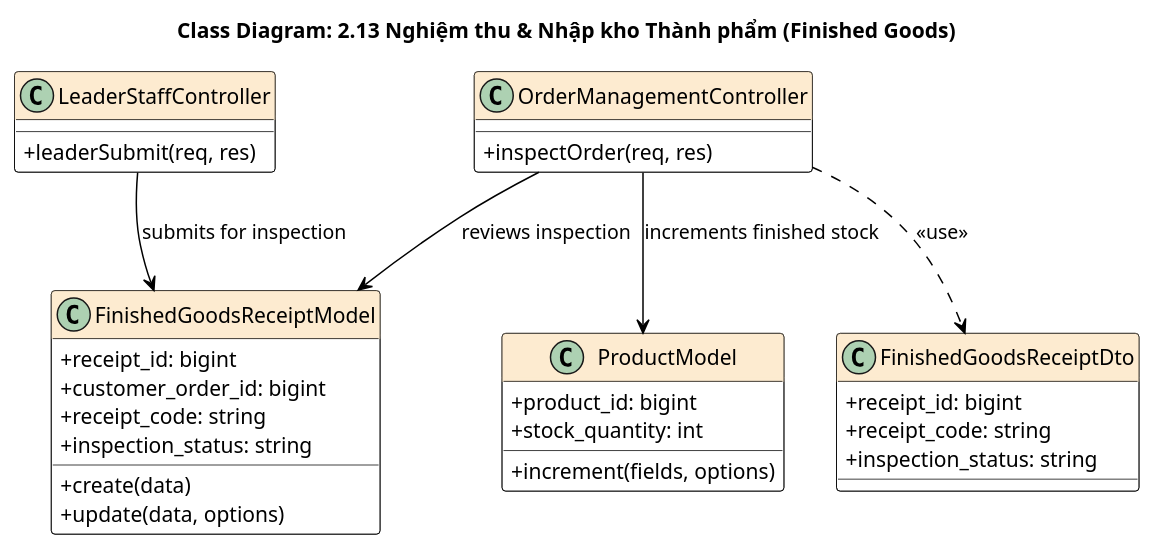
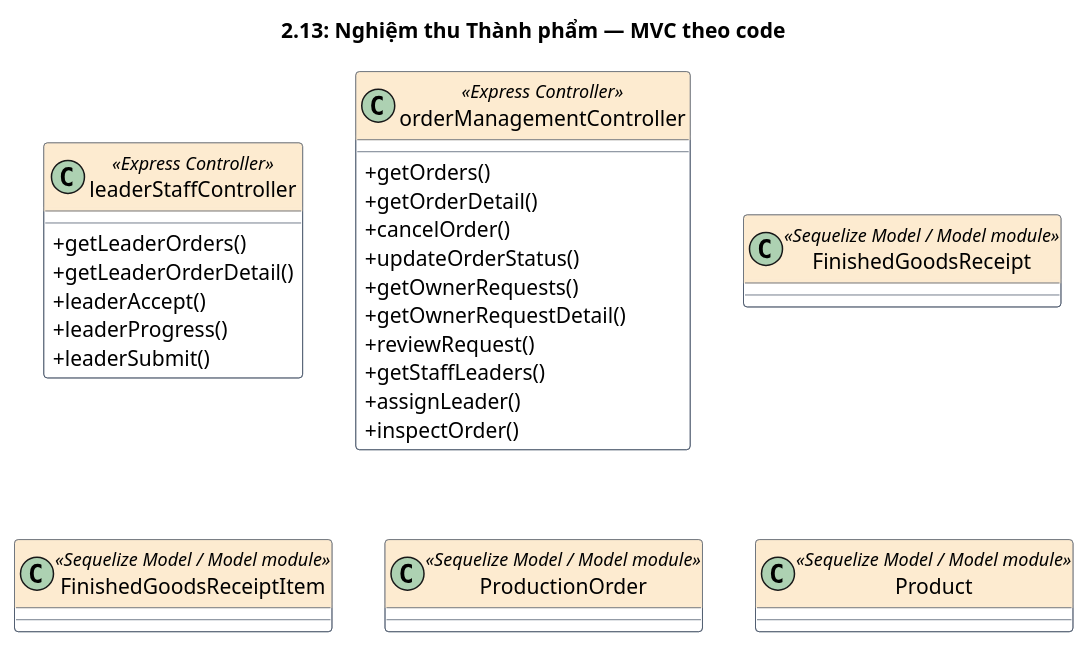
One commit to chuoois/FS-SIMS changed diagram 13 of 14 in docs/classdiagrams.md. Above: the diagram before and after it, drawn with PlantUML. The commit also changed other lines of this file and 8 other files, not shown here.

````diff
--- a/docs/classdiagrams.md
+++ b/docs/classdiagrams.md
@@ -701,46 +565,41 @@
 ```plantuml
 @startuml
 skinparam classAttributeIconSize 0
 skinparam class {
-    BackgroundColor White
-    BorderColor Black
-    ArrowColor Black
-    HeaderBackgroundColor #FDEBD0
+  BackgroundColor White
+  BorderColor #475569
+  ArrowColor #475569
+  HeaderBackgroundColor #FDEBD0
 }
-title Class Diagram: 2.13 Nghiệm thu & Nhập kho Thành phẩm (Finished Goods)
+title 2.13: Nghiệm thu Thành phẩm — MVC theo code
 
-class LeaderStaffController {
-  +leaderSubmit(req, res)
+class leaderStaffController <<Express Controller>> {
+  +getLeaderOrders()
+  +getLeaderOrderDetail()
+  +leaderAccept()
+  +leaderProgress()
+  +leaderSubmit()
 }
 
-class OrderManagementController {
-  +inspectOrder(req, res)
+class orderManagementController <<Express Controller>> {
+  +getOrders()
+  +getOrderDetail()
+  +cancelOrder()
+  +updateOrderStatus()
+  +getOwnerRequests()
+  +getOwnerRequestDetail()
+  +reviewRequest()
+  +getStaffLeaders()
+  +assignLeader()
+  +inspectOrder()
 }
 
-class FinishedGoodsReceiptModel {
-  +receipt_id: bigint
-  +customer_order_id: bigint
-  +receipt_code: string
-  +inspection_status: string
-  +create(data)
-  +update(data, options)
-}
+class FinishedGoodsReceipt <<Sequelize Model / Model module>>
 
-class ProductModel {
-  +product_id: bigint
-  +stock_quantity: int
-  +increment(fields, options)
-}
+class FinishedGoodsReceiptItem <<Sequelize Model / Model module>>
 
-class FinishedGoodsReceiptDto {
-  +receipt_id: bigint
-  +receipt_code: string
-  +inspection_status: string
-}
+class ProductionOrder <<Sequelize Model / Model module>>
 
-LeaderStaffController --> FinishedGoodsReceiptModel : submits for inspection
-OrderManagementController --> FinishedGoodsReceiptModel : reviews inspection
-OrderManagementController --> ProductModel : increments finished stock
-OrderManagementController ..> FinishedGoodsReceiptDto : <<use>>
+class Product <<Sequelize Model / Model module>>
 @enduml
 ```
````
